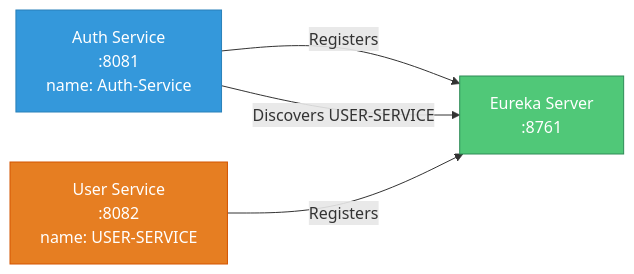
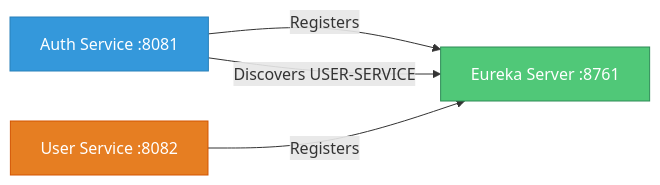
The sixth of 7 diagrams in working methode archireture.md (arpondark/microservice-lms-system-springboot), drawn with Mermaid before and after one commit. The commit also changed other lines of this file and 10 other files, not shown here.

````diff
--- a/working methode archireture.md
+++ b/working methode archireture.md
@@ -300,14 +300,14 @@
 ```mermaid
 graph LR
-    EU[Eureka Server<br/>:8761]
-    AS[Auth Service<br/>:8081<br/>name: Auth-Service]
-    US[User Service<br/>:8082<br/>name: USER-SERVICE]
+    EU["Eureka Server :8761"]
+    AS["Auth Service :8081"]
+    US["User Service :8082"]
 
     AS -->|Registers| EU
     US -->|Registers| EU
     AS -->|Discovers USER-SERVICE| EU
 
     style EU fill:#50C878,stroke:#2E8B57,color:#fff
     style AS fill:#3498DB,stroke:#2980B9,color:#fff
     style US fill:#E67E22,stroke:#D35400,color:#fff
 ```
````
